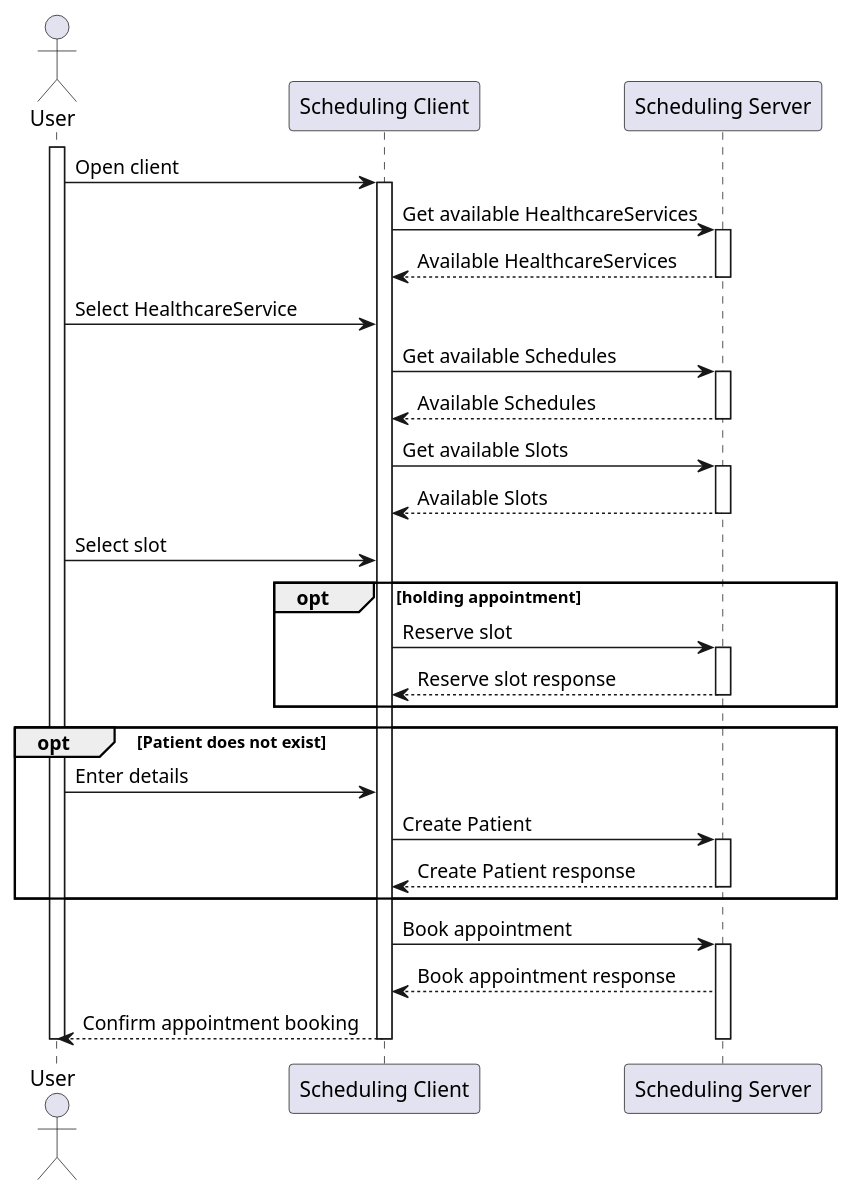
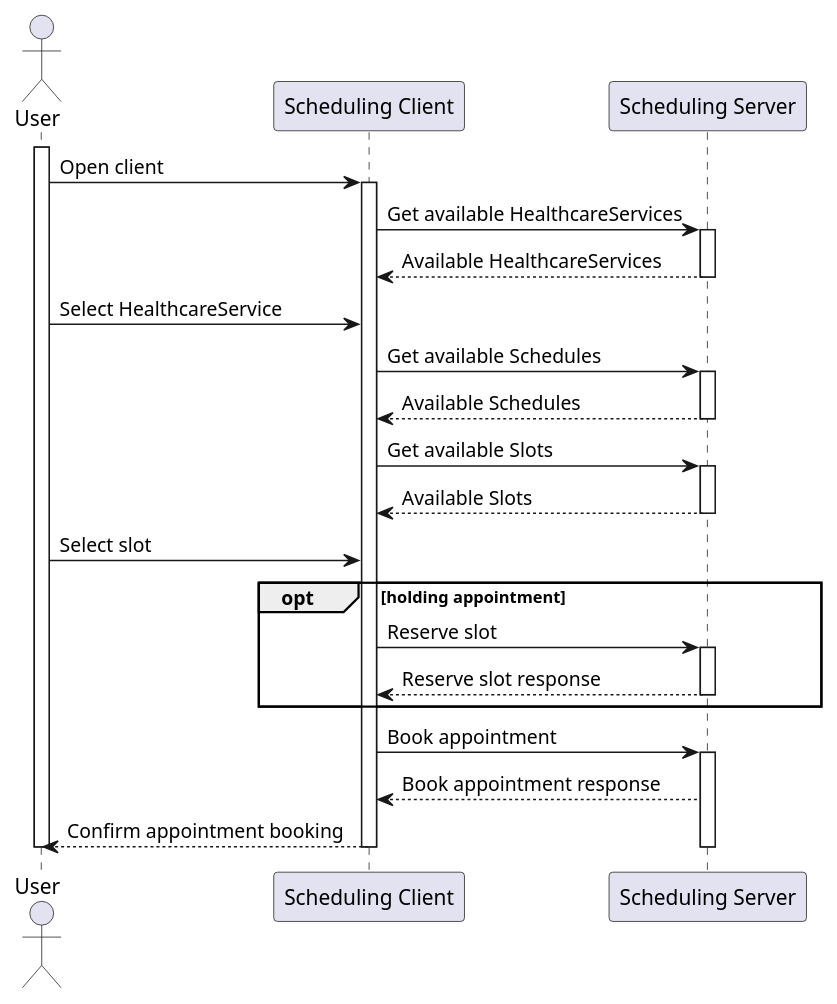
The diagram in input/images/scenarios/sequence-simple.plantuml (HL7Austria/TC-FHIR-AG-Scheduling-R5), drawn with PlantUML before and after one commit.

Commit message:
Update sequence-simple.plantuml
"Patient does not exist" entfernt

```diff
--- a/input/images/scenarios/sequence-simple.plantuml
+++ b/input/images/scenarios/sequence-simple.plantuml
@@ -1,43 +1,36 @@
 @startuml
 actor User as user
 participant "Scheduling Client" as client
 participant "Scheduling Server" as server
 
 activate user
 user -> client: Open client
 activate client
 client -> server: Get available HealthcareServices
 activate server
 server ---> client: Available HealthcareServices
 deactivate server
 user -> client: Select HealthcareService
 client -> server: Get available Schedules
 activate server
 server ---> client: Available Schedules
 deactivate server
 client-> server: Get available Slots
 activate server
 server ---> client: Available Slots
 deactivate server
 user -> client: Select slot
 opt holding appointment
   client -> server: Reserve slot
   activate server
   server ---> client: Reserve slot response
   deactivate server
 end
-opt Patient does not exist
-  user -> client: Enter details
-  client -> server: Create Patient
-  activate server
-  server ---> client: Create Patient response
-  deactivate server
-end
 client -> server: Book appointment
 activate server
 server ---> client: Book appointment response
 client ---> user: Confirm appointment booking
 deactivate server
 deactivate client
 deactivate user
 @enduml
```
